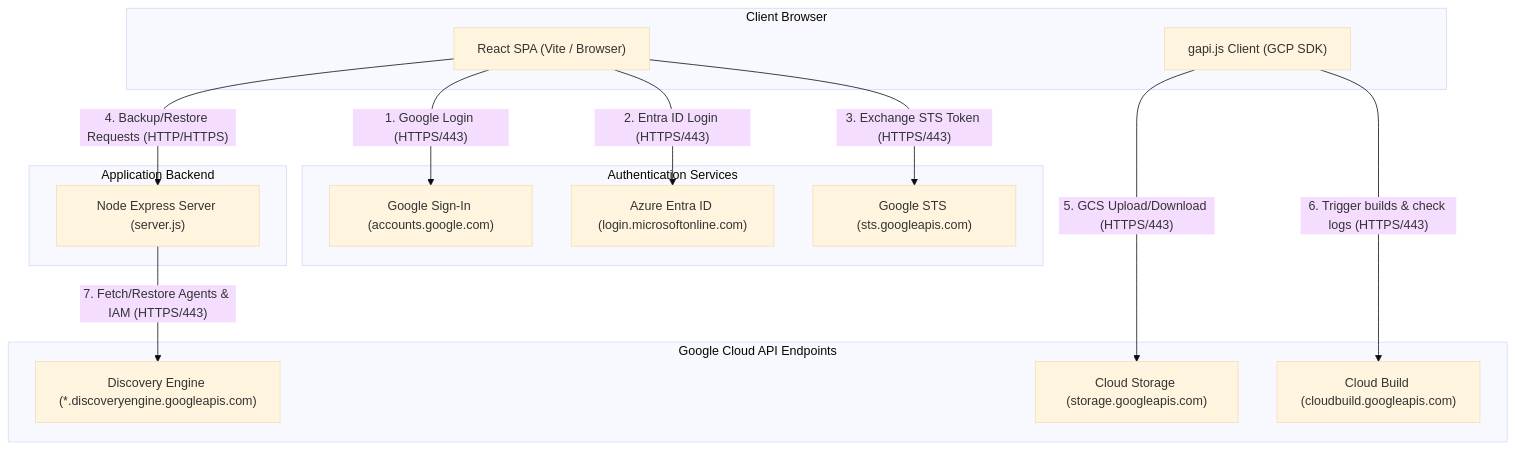
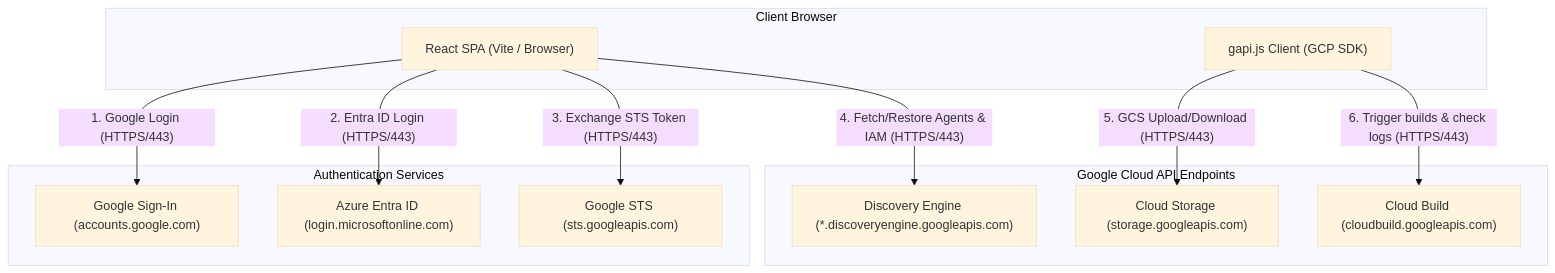
Before and after one commit to wdufrin/Backup_Restore_App: the first of 2 diagrams in README.md, drawn with Mermaid (base theme). The commit also changed other lines of this file and 1 other file, not shown here.

Commit message:
refactor: remove Express backend to transform application into a fully client-side SPA

````diff
--- a/README.md
+++ b/README.md
@@ -45,34 +45,28 @@
 ```mermaid
 graph TD
     subgraph Client ["Client Browser"]
         Frontend["React SPA (Vite / Browser)"]
         GAPI["gapi.js Client (GCP SDK)"]
     end
 
     subgraph Auth ["Authentication Services"]
         GIS["Google Sign-In (accounts.google.com)"]
         IdP["Azure Entra ID (login.microsoftonline.com)"]
         STS["Google STS (sts.googleapis.com)"]
     end
 
-    subgraph Backend ["Application Backend"]
-        Express["Node Express Server (server.js)"]
-    end
-
     subgraph GoogleCloud ["Google Cloud API Endpoints"]
         DE["Discovery Engine (*.discoveryengine.googleapis.com)"]
         GCS["Cloud Storage (storage.googleapis.com)"]
         CB["Cloud Build (cloudbuild.googleapis.com)"]
     end
 
     %% Network flows
     Frontend -- "1. Google Login (HTTPS/443)" --> GIS
     Frontend -- "2. Entra ID Login (HTTPS/443)" --> IdP
     Frontend -- "3. Exchange STS Token (HTTPS/443)" --> STS
     
-    Frontend -- "4. Backup/Restore Requests (HTTP/HTTPS)" --> Express
+    Frontend -- "4. Fetch/Restore Agents & IAM (HTTPS/443)" --> DE
     GAPI -- "5. GCS Upload/Download (HTTPS/443)" --> GCS
     GAPI -- "6. Trigger builds & check logs (HTTPS/443)" --> CB
-    
-    Express -- "7. Fetch/Restore Agents & IAM (HTTPS/443)" --> DE
 ```
````
